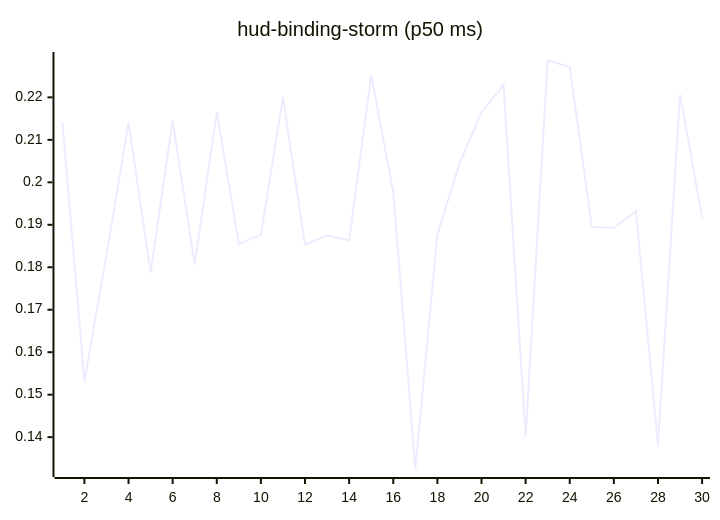
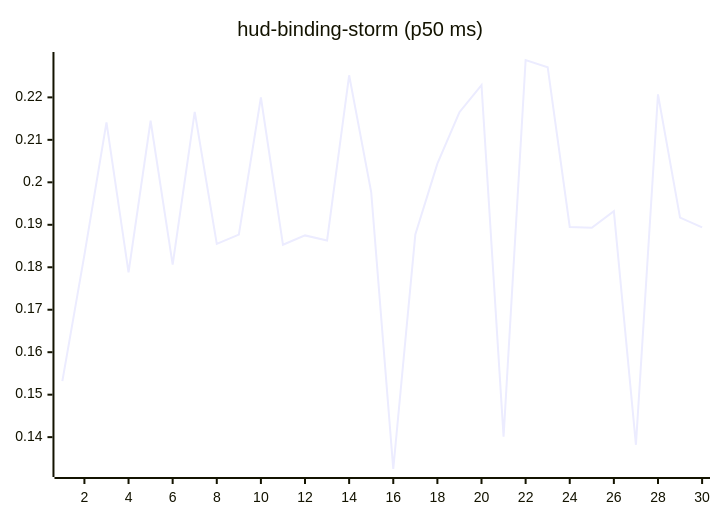
One commit to josha/Facet changed the tenth of 27 diagrams in README.md. Above: the diagram before and after it, drawn with Mermaid. The commit also changed other lines of this file and 2 other files, not shown here.

````diff
--- a/README.md
+++ b/README.md
@@ -126,6 +126,6 @@
 ```mermaid
 xychart-beta
     title "hud-binding-storm (p50 ms)"
     x-axis 1 --> 30
-    line [0.2143, 0.1532, 0.1829, 0.2141, 0.1788, 0.2145, 0.1806, 0.2166, 0.1855, 0.1877, 0.2200, 0.1853, 0.1875, 0.1863, 0.2252, 0.1977, 0.1325, 0.1877, 0.2044, 0.2165, 0.2229, 0.1401, 0.2288, 0.2271, 0.1895, 0.1893, 0.1932, 0.1382, 0.2207, 0.1917]
+    line [0.1532, 0.1829, 0.2141, 0.1788, 0.2145, 0.1806, 0.2166, 0.1855, 0.1877, 0.2200, 0.1853, 0.1875, 0.1863, 0.2252, 0.1977, 0.1325, 0.1877, 0.2044, 0.2165, 0.2229, 0.1401, 0.2288, 0.2271, 0.1895, 0.1893, 0.1932, 0.1382, 0.2207, 0.1917, 0.1894]
 ```
````
